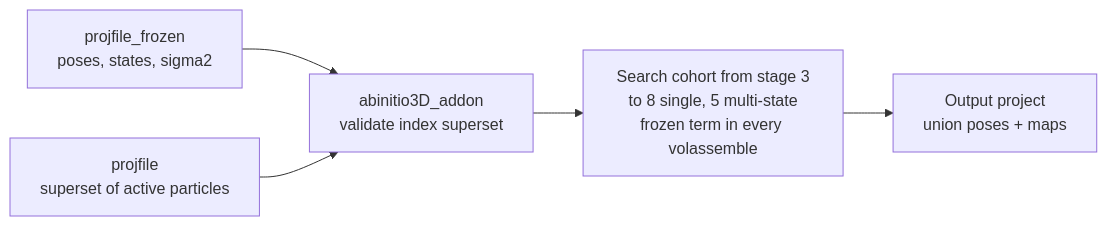
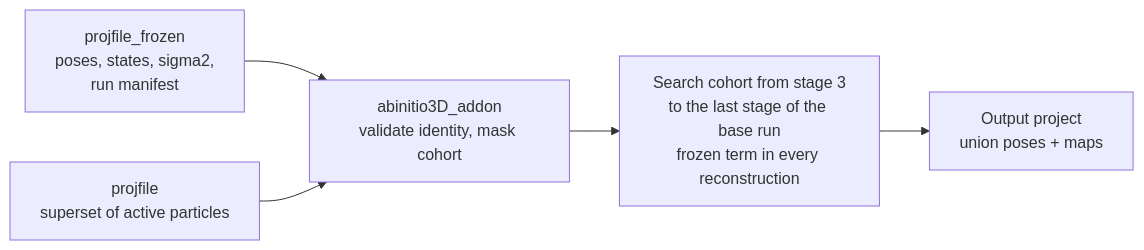
One commit to hael/SIMPLE changed the diagram in doc/implementation_notes/abinitio3D_addon_mode_proposal.md. Above: the diagram before and after it, drawn with Mermaid. The commit also changed other lines of this file and 1 other file, not shown here.

Commit message:
edited abinitio3D_addon proposal

````diff
--- a/doc/implementation_notes/abinitio3D_addon_mode_proposal.md
+++ b/doc/implementation_notes/abinitio3D_addon_mode_proposal.md
@@ -46,7 +48,7 @@
 ```mermaid
 flowchart LR
-  FP[projfile_frozen<br/>poses, states, sigma2] --> C[abinitio3D_addon<br/>validate index superset]
+  FP[projfile_frozen<br/>poses, states, sigma2,<br/>run manifest] --> C[abinitio3D_addon<br/>validate identity, mask cohort]
   CP[projfile<br/>superset of active particles] --> C
-  C --> R[Search cohort from stage 3<br/>to 8 single, 5 multi-state<br/>frozen term in every volassemble]
+  C --> R[Search cohort from stage 3<br/>to the last stage of the base run<br/>frozen term in every reconstruction]
   R --> O[Output project<br/>union poses + maps]
 ```
````
